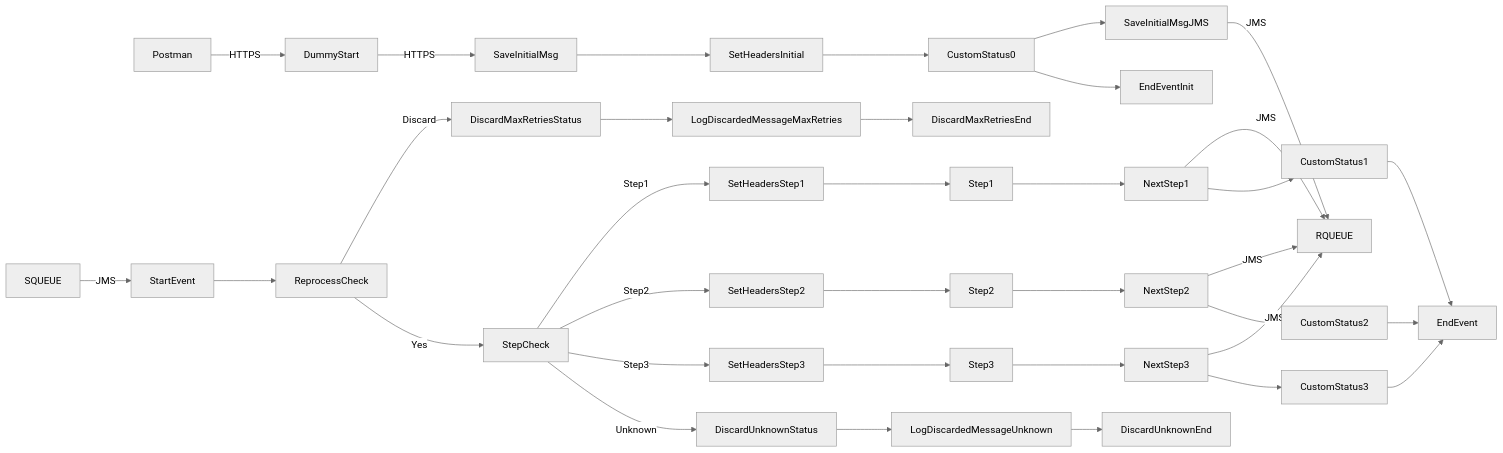
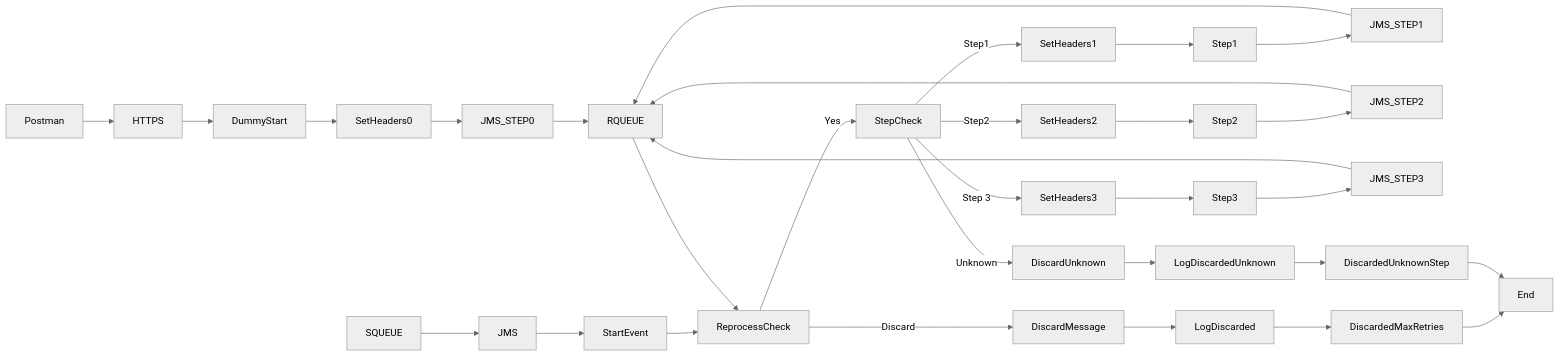
One commit to Avvale-IA-CICD/AvvaleCPI changed the diagram in MMZ - Cell Iflows/SEDA_Model_-_Single_Queue_-_Restart_and_Discard_MMZ-1.0.1/readme.md. Above: the diagram before and after it, drawn with Mermaid (neutral theme). The commit also changed other lines of this file, not shown here.

Commit message:
Add/update documentation for SEDA_Model_-_Single_Queue_-_Restart_and_Discard_MMZ v1.0.1

````diff
--- a/MMZ - Cell Iflows/SEDA_Model_-_Single_Queue_-_Restart_and_Discard_MMZ-1.0.1/readme.md
+++ b/MMZ - Cell Iflows/SEDA_Model_-_Single_Queue_-_Restart_and_Discard_MMZ-1.0.1/readme.md
@@ -4,37 +5,33 @@
 ```mermaid
 graph LR
-    Postman -- HTTPS --> DummyStart
-    SQUEUE -- JMS --> StartEvent
+    Postman --> HTTPS --> DummyStart
+    SQUEUE --> JMS --> StartEvent
     StartEvent --> ReprocessCheck
-    ReprocessCheck -- Discard --> DiscardMaxRetriesStatus
+    ReprocessCheck -- Discard --> DiscardMessage
     ReprocessCheck -- Yes --> StepCheck
-    DiscardMaxRetriesStatus --> LogDiscardedMessageMaxRetries
-    LogDiscardedMessageMaxRetries --> DiscardMaxRetriesEnd
-    StepCheck -- Step1 --> SetHeadersStep1
-    StepCheck -- Step2 --> SetHeadersStep2
-    StepCheck -- Step3 --> SetHeadersStep3
-    StepCheck -- Unknown --> DiscardUnknownStatus
-    SetHeadersStep1 --> Step1
-    SetHeadersStep2 --> Step2
-    SetHeadersStep3 --> Step3
-    DiscardUnknownStatus --> LogDiscardedMessageUnknown
-    LogDiscardedMessageUnknown --> DiscardUnknownEnd
-    Step1 --> NextStep1
-    Step2 --> NextStep2
-    Step3 --> NextStep3
-    NextStep1 -- JMS --> RQUEUE
-    NextStep2 -- JMS --> RQUEUE
-    NextStep3 -- JMS --> RQUEUE
-    NextStep1 --> CustomStatus1
-    NextStep2 --> CustomStatus2
-    NextStep3 --> CustomStatus3
-    CustomStatus1 --> EndEvent
-    CustomStatus2 --> EndEvent
-    CustomStatus3 --> EndEvent
-    DummyStart -- HTTPS --> SaveInitialMsg
-    SaveInitialMsg --> SetHeadersInitial
-    SetHeadersInitial --> CustomStatus0
-    CustomStatus0 --> SaveInitialMsgJMS
-    SaveInitialMsgJMS -- JMS --> RQUEUE
-    CustomStatus0 --> EndEventInit
+    StepCheck -- Step1 --> SetHeaders1
+    StepCheck -- Step2 --> SetHeaders2
+    StepCheck -- Step 3 --> SetHeaders3
+    StepCheck -- Unknown --> DiscardUnknown
+
+    SetHeaders1 --> Step1
+    SetHeaders2 --> Step2
+    SetHeaders3 --> Step3
+
+    Step1 --> JMS_STEP1 --> RQUEUE
+    Step2 --> JMS_STEP2 --> RQUEUE
+    Step3 --> JMS_STEP3 --> RQUEUE
+
+    DiscardMessage --> LogDiscarded
+    DiscardUnknown --> LogDiscardedUnknown
+
+    LogDiscarded --> DiscardedMaxRetries
+    LogDiscardedUnknown --> DiscardedUnknownStep
+
+    DiscardedMaxRetries --> End
+    DiscardedUnknownStep --> End
+
+    DummyStart --> SetHeaders0
+    SetHeaders0 --> JMS_STEP0 --> RQUEUE
+    RQUEUE --> ReprocessCheck
 ```
````
